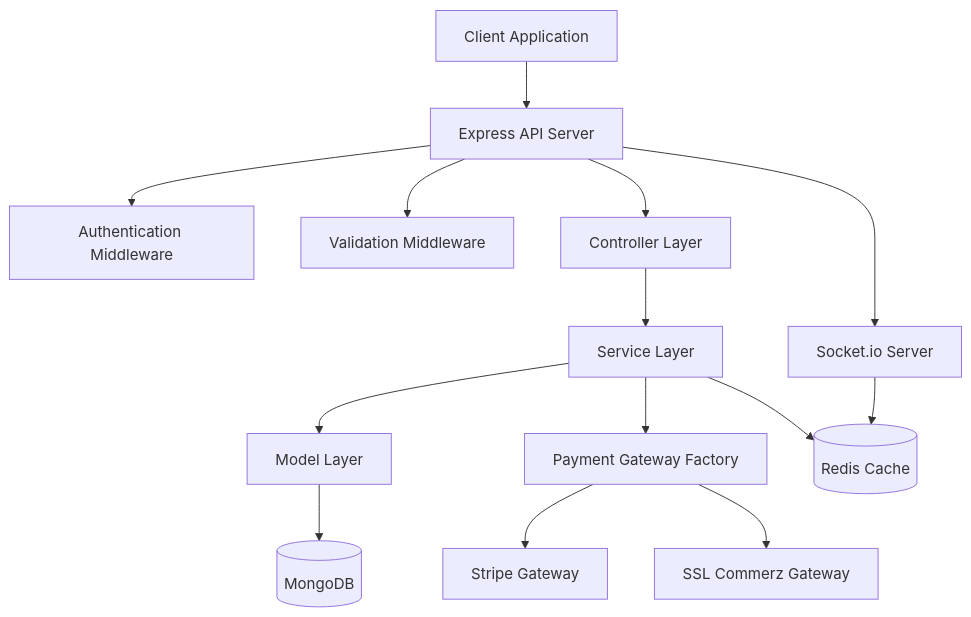
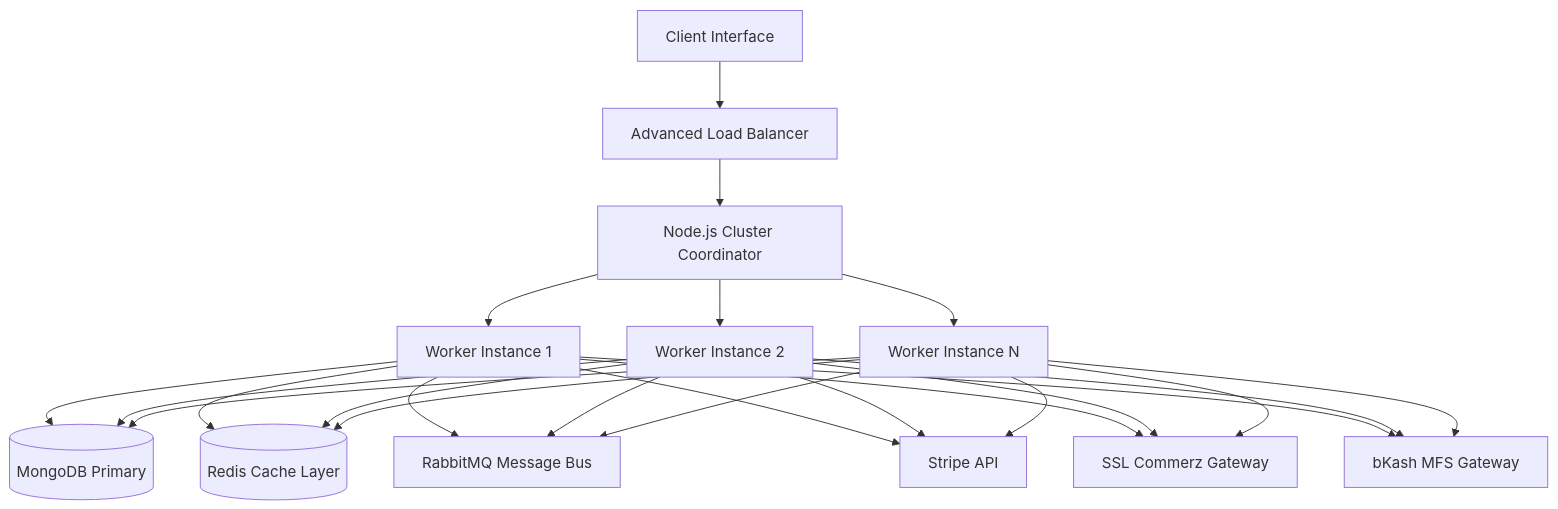
Before and after one commit to foysalahmedmin/zaaz-server: the first of 5 diagrams in README.md, drawn with Mermaid. The commit also changed other lines of this file and 242 other files, not shown here.

````diff
--- a/README.md
+++ b/README.md
@@ -102,16 +88,23 @@
 ```mermaid
 graph TB
-    Client[Client Application] --> API[Express API Server]
-    API --> Auth[Authentication Middleware]
-    API --> Validation[Validation Middleware]
-    API --> Controller[Controller Layer]
-    Controller --> Service[Service Layer]
-    Service --> Model[Model Layer]
-    Service --> Gateway[Payment Gateway Factory]
-    Model --> MongoDB[(MongoDB)]
-    Service --> Redis[(Redis Cache)]
-    Gateway --> Stripe[Stripe Gateway]
-    Gateway --> SSL[SSL Commerz Gateway]
-    API --> Socket[Socket.io Server]
-    Socket --> Redis
+    Client[Client Interface]
+    LB[Advanced Load Balancer]
+    Cluster[Node.js Cluster Coordinator]
+    W1[Worker Instance 1]
+    W2[Worker Instance 2]
+    WN[Worker Instance N]
+    DB[(MongoDB Primary)]
+    Cache[(Redis Cache Layer)]
+    MQ[RabbitMQ Message Bus]
+    Stripe[Stripe API]
+    SSL[SSL Commerz Gateway]
+    Bkash[bKash MFS Gateway]
+
+    Client --> LB
+    LB --> Cluster
+    Cluster --> W1 & W2 & WN
+    W1 & W2 & WN --> DB
+    W1 & W2 & WN --> Cache
+    W1 & W2 & WN --> MQ
+    W1 & W2 & WN --> Stripe & SSL & Bkash
 ```
````
